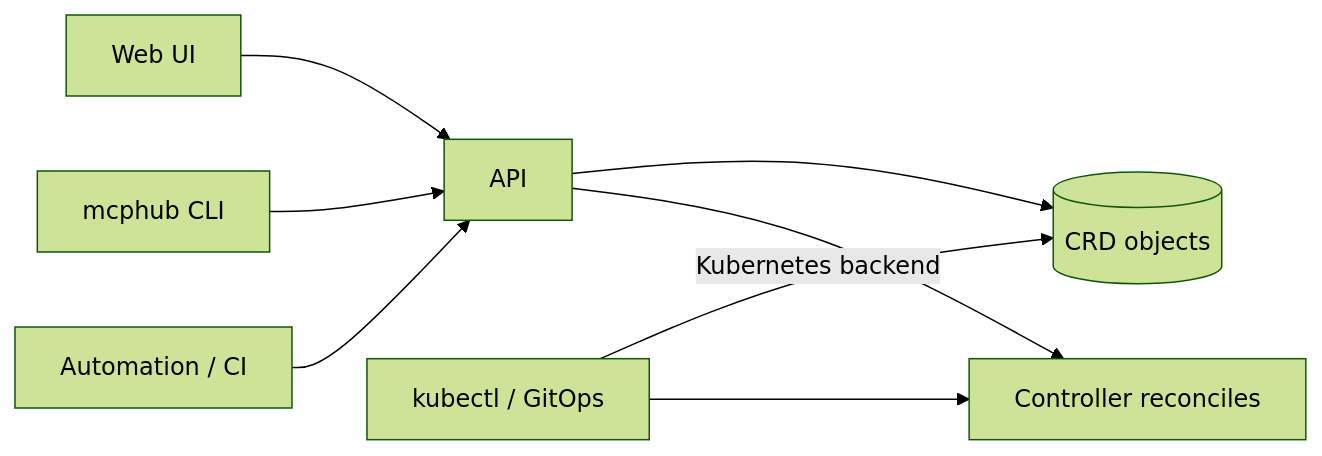
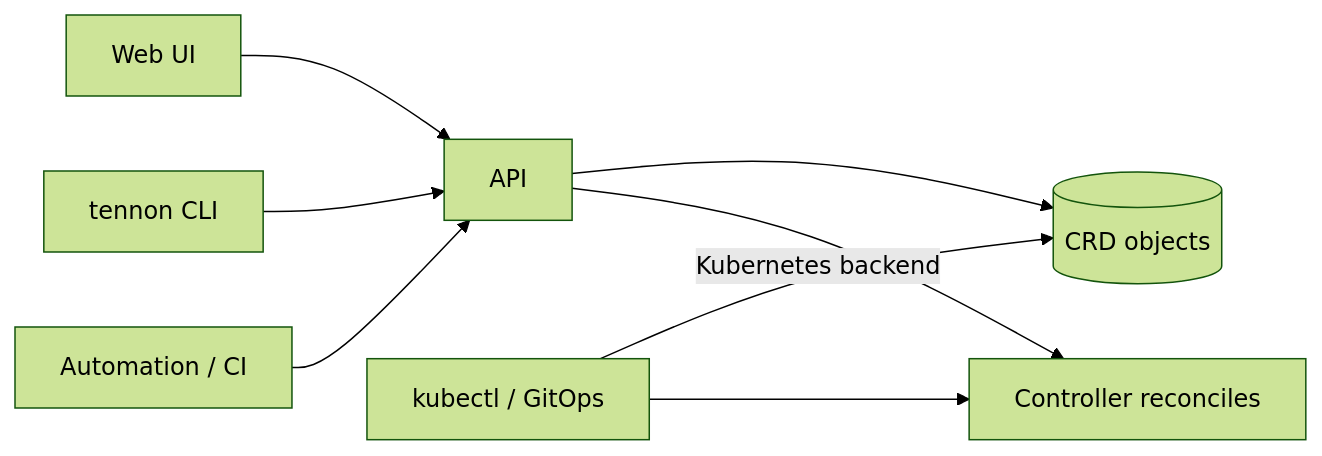
The second of 5 diagrams in docs/README.md (yurifrl/tennon), drawn with Mermaid (forest theme) before and after one commit. The commit also changed other lines of this file and 77 other files, not shown here.

````diff
--- a/docs/README.md
+++ b/docs/README.md
@@ -558,10 +558,10 @@
 ```mermaid
 graph LR
   UI[Web UI] --> API
-  CLI[mcphub CLI] --> API
+  CLI[tennon CLI] --> API
   CI[Automation / CI] --> API
   KUBE[kubectl / GitOps] -->|Kubernetes backend| Store[(CRD objects)]
   API --> Store
   API --> Ctrl[Controller reconciles]
   KUBE --> Ctrl
 ```
````
